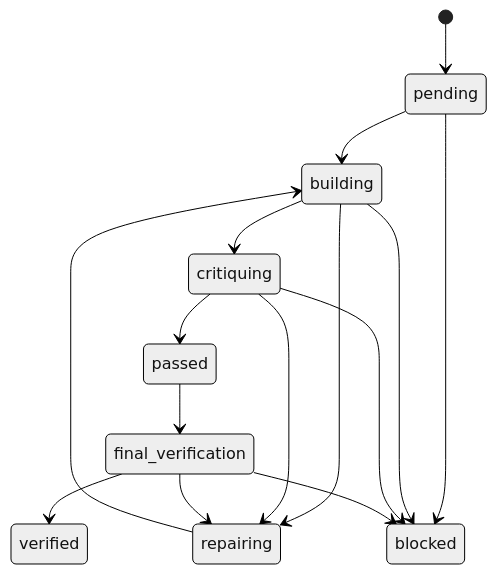
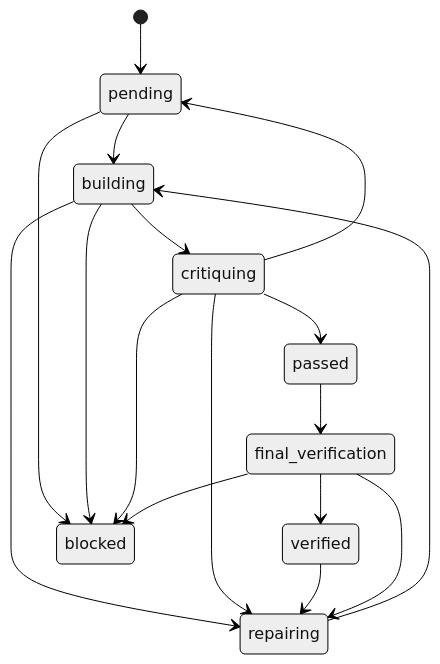
The second of 2 diagrams in docs/architecture.md (FrancyJGLisboa/agent-gauntlet-skills), drawn with Mermaid (neutral theme) before and after one commit. The commit also changed other lines of this file and 4 other files, not shown here.

````diff
--- a/docs/architecture.md
+++ b/docs/architecture.md
@@ -34,17 +34,19 @@
 ```mermaid
 stateDiagram-v2
     [*] --> pending
     pending --> building
     building --> critiquing
     building --> repairing
     critiquing --> repairing
+    critiquing --> pending
+    verified --> repairing
     repairing --> building
     critiquing --> passed
     passed --> final_verification
     final_verification --> repairing
     final_verification --> verified
     pending --> blocked
     building --> blocked
     critiquing --> blocked
     final_verification --> blocked
 ```
````
